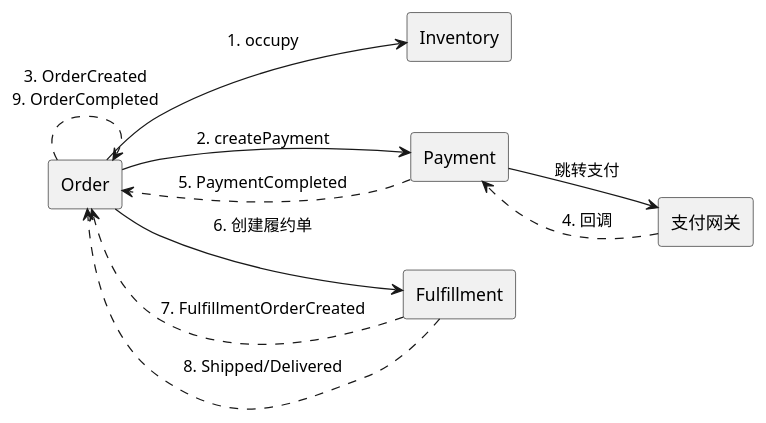
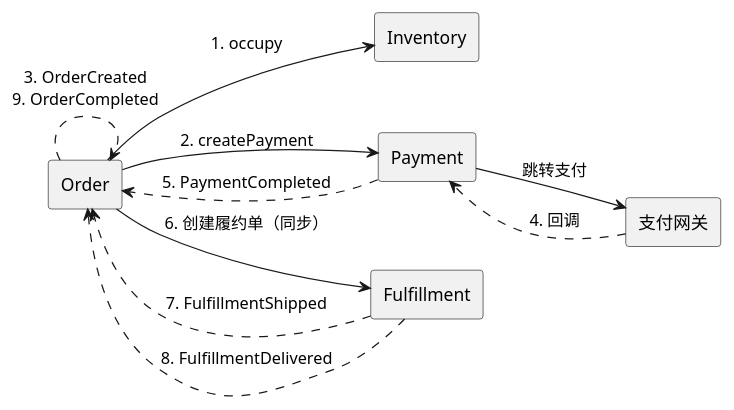
Before and after one commit to mianhe/HMall: the first of 2 diagrams in docs/bounded-contexts/order/event-flow.md, drawn with PlantUML. The commit also changed other lines of this file and 12 other files, not shown here.

````diff
--- a/docs/bounded-contexts/order/event-flow.md
+++ b/docs/bounded-contexts/order/event-flow.md
@@ -37,24 +38,24 @@
 ```plantuml
 @startuml order-event-flow
 skinparam componentStyle rectangle
 left to right direction
 component "Order" as Order
 component "Inventory" as Inventory
 component "Payment" as Payment
 component "Fulfillment" as Fulfillment
 component "支付网关" as Gateway
 Order -[hidden]right-> Inventory
 Inventory -[hidden]right-> Payment
 Payment -[hidden]right-> Fulfillment
 Fulfillment -[hidden]right-> Gateway
 Order --> Inventory : 1. occupy
 Order --> Payment : 2. createPayment
-Order --> Fulfillment : 6. 创建履约单
+Order --> Fulfillment : 6. 创建履约单（同步）
 Payment --> Gateway : 跳转支付
 Gateway ..> Payment : 4. 回调
 Payment ..> Order : 5. PaymentCompleted
-Fulfillment ..> Order : 7. FulfillmentOrderCreated
-Fulfillment ..> Order : 8. Shipped/Delivered
+Fulfillment ..> Order : 7. FulfillmentShipped
+Fulfillment ..> Order : 8. FulfillmentDelivered
 Order ..> Order : 3. OrderCreated\n9. OrderCompleted
 @enduml
 ```
````
